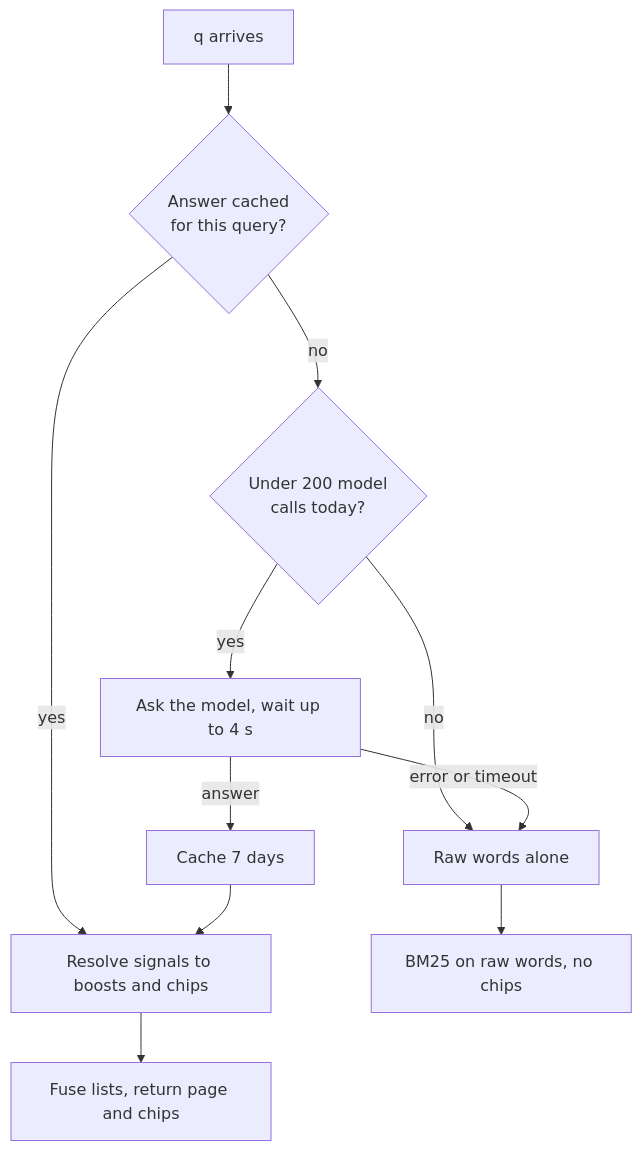
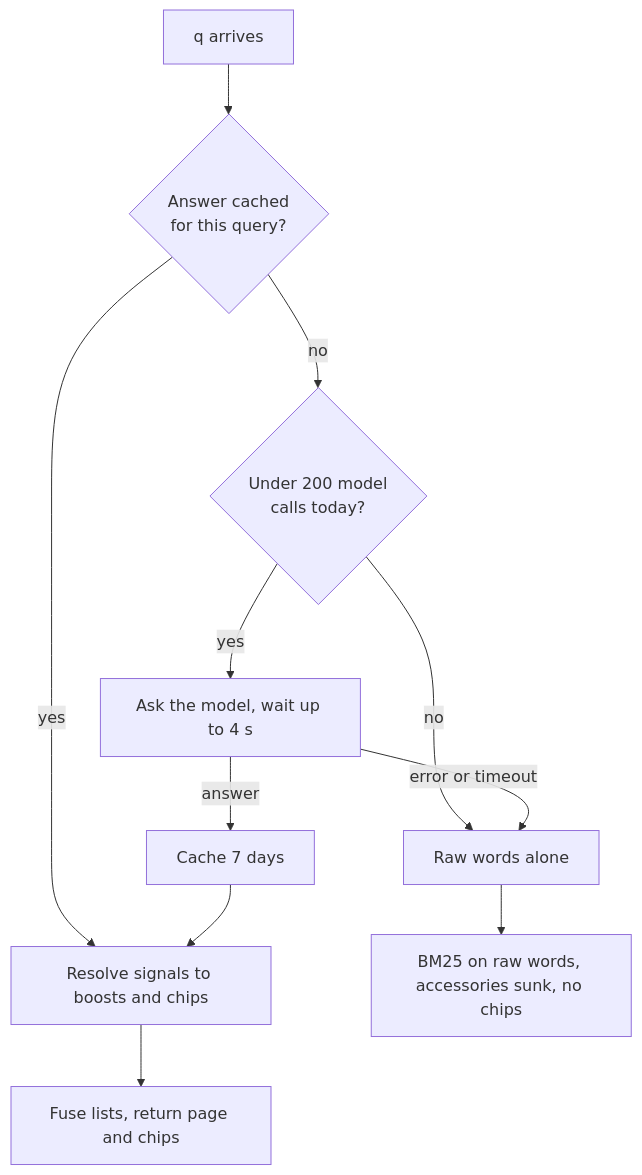
One commit to shopnexus/docs changed the first of 3 diagrams in web/src/content/docs/en/architecture/search-and-discovery.mdx. Above: the diagram before and after it, drawn with Mermaid. The commit also changed other lines of this file and 3 other files, not shown here.

Commit message:
Note raw searches sink accessories and cards carry the province

````diff
--- a/web/src/content/docs/en/architecture/search-and-discovery.mdx
+++ b/web/src/content/docs/en/architecture/search-and-discovery.mdx
@@ -39,12 +39,12 @@
 ```mermaid title="A signed-in text search"
 flowchart TD
   Q[q arrives] --> C{Answer cached<br/>for this query?}
   C -- yes --> R[Resolve signals to boosts and chips]
   C -- no --> D{Under 200 model<br/>calls today?}
   D -- no --> RAW[Raw words alone]
   D -- yes --> M[Ask the model, wait up to 4 s]
   M -- answer --> S[Cache 7 days] --> R
   M -- error or timeout --> RAW
   R --> F[Fuse lists, return page and chips]
-  RAW --> F2[BM25 on raw words, no chips]
+  RAW --> F2[BM25 on raw words, accessories sunk, no chips]
 ```
````
